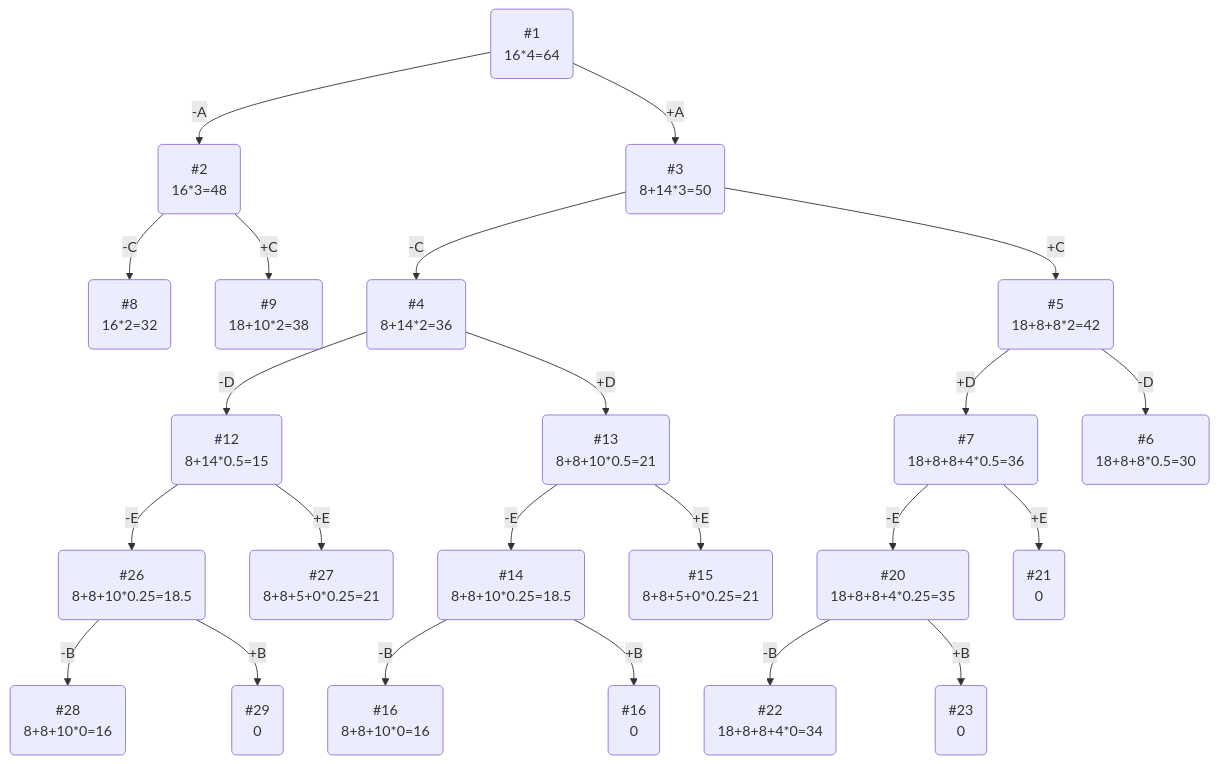
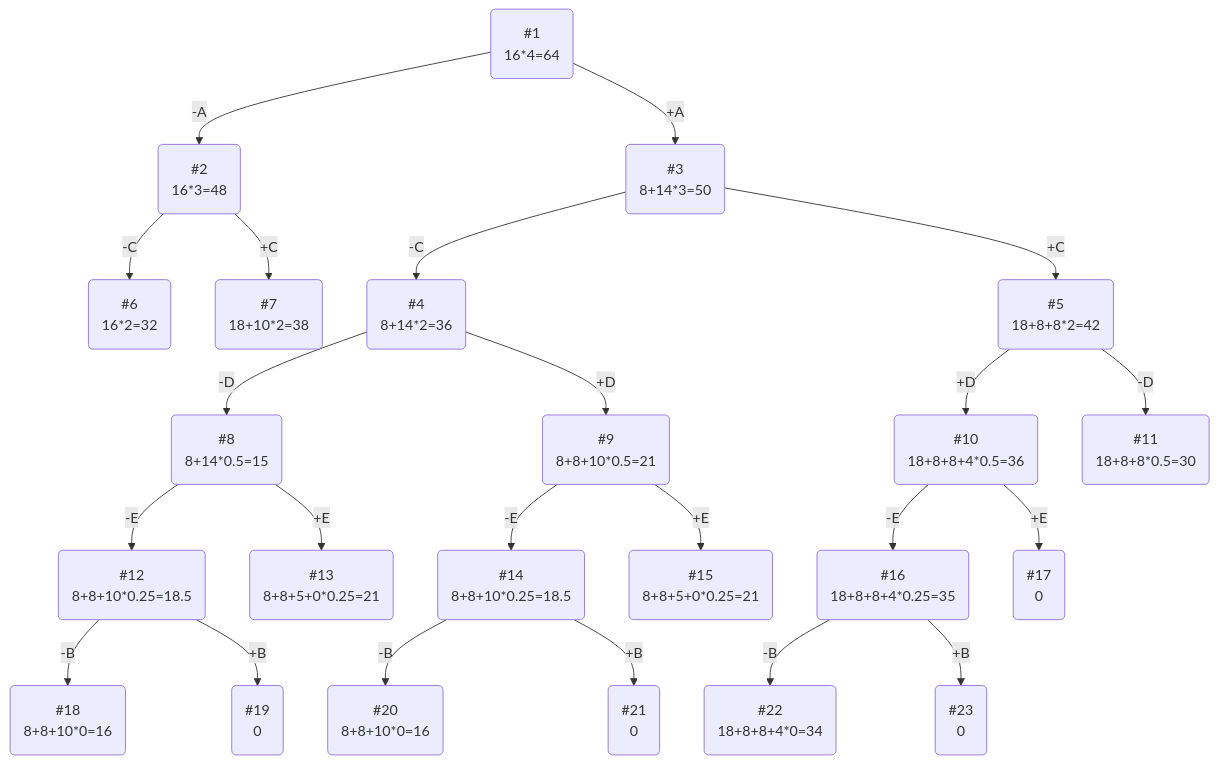
One commit to HSE-algo-23-crow/manual_tasks changed the diagram in task_19/gigacode_task_19.md. Above: the diagram before and after it, drawn with Mermaid.

````diff
--- a/task_19/gigacode_task_19.md
+++ b/task_19/gigacode_task_19.md
@@ -53,25 +53,25 @@
 ```mermaid
 graph TB
     1(#1\n16*4=64)-->|-A|2(#2\n16*3=48)
     1-->|+A|3(#3\n8+14*3=50)
     3-->|-C|4(#4\n8+14*2=36)
     3-->|+C|5(#5\n18+8+8*2=42)
-    5-->|+D|7(#7\n18+8+8+4*0.5=36)
-    7-->|-E|20(#20\n18+8+8+4*0.25=35)
+    5-->|+D|7(#10\n18+8+8+4*0.5=36)
+    7-->|-E|20(#16\n18+8+8+4*0.25=35)
     20-->|-B|22(#22\n18+8+8+4*0=34)
     20-->|+B|23(#23\n0)
-    7-->|+E|21(#21\n0)
-    5-->|-D|6(#6\n18+8+8*0.5=30)
-    2-->|-C|8(#8\n16*2=32)
-    2-->|+C|9(#9\n18+10*2=38)
-    4-->|-D|12(#12\n8+14*0.5=15)
-    4-->|+D|13(#13\n8+8+10*0.5=21)
-    12-->|-E|26(#26\n8+8+10*0.25=18.5)
-    26-->|-B|28(#28\n8+8+10*0=16)
-    26-->|+B|29(#29\n0)
-    12-->|+E|27(#27\n8+8+5+0*0.25=21)
+    7-->|+E|21(#17\n0)
+    5-->|-D|6(#11\n18+8+8*0.5=30)
+    2-->|-C|8(#6\n16*2=32)
+    2-->|+C|9(#7\n18+10*2=38)
+    4-->|-D|12(#8\n8+14*0.5=15)
+    4-->|+D|13(#9\n8+8+10*0.5=21)
+    12-->|-E|26(#12\n8+8+10*0.25=18.5)
+    26-->|-B|28(#18\n8+8+10*0=16)
+    26-->|+B|29(#19\n0)
+    12-->|+E|27(#13\n8+8+5+0*0.25=21)
     13-->|-E|14(#14\n8+8+10*0.25=18.5)
     13-->|+E|15(#15\n8+8+5+0*0.25=21)
-    14-->|-B|16(#16\n8+8+10*0=16)
-    14-->|+B|17(#16\n0)
+    14-->|-B|16(#20\n8+8+10*0=16)
+    14-->|+B|17(#21\n0)
 ```
````
